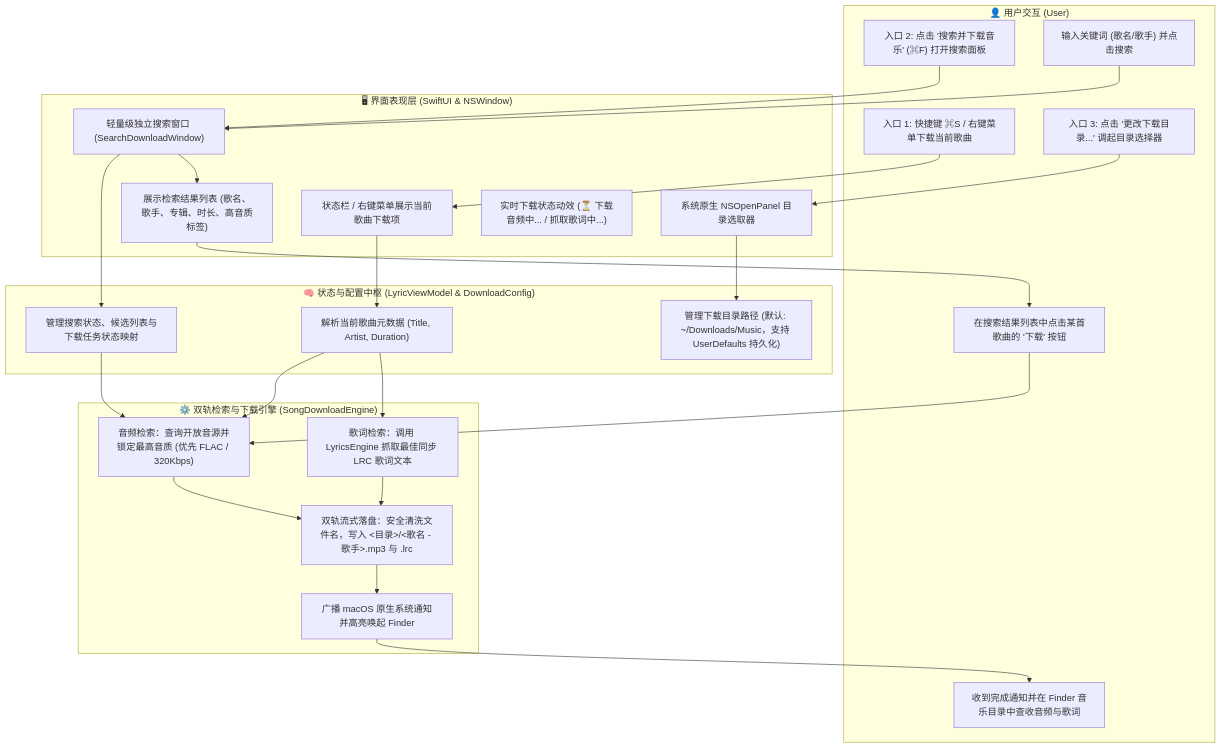
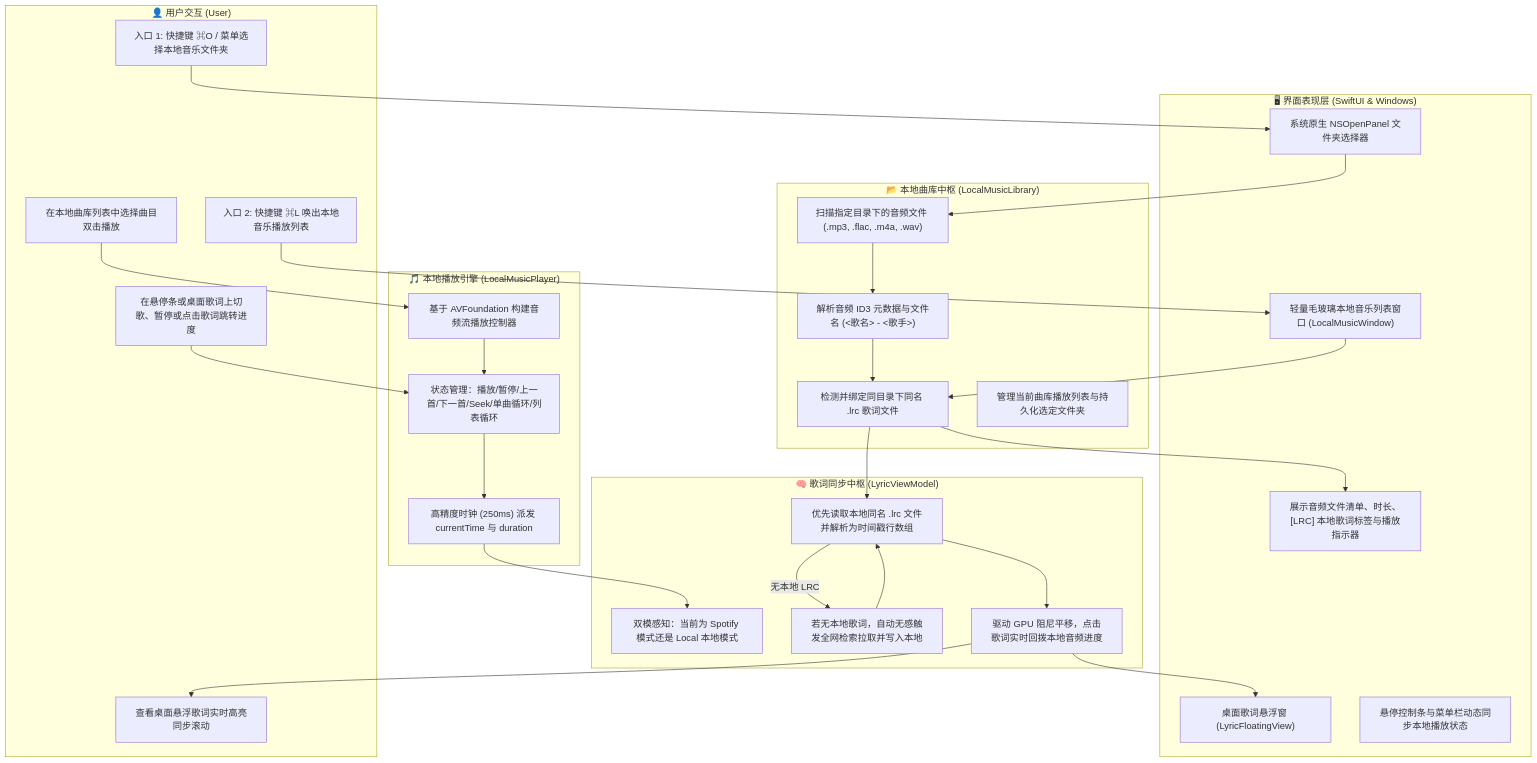
One commit to MOBAI6/SpotifyLyrics changed the first of 2 diagrams in docs/SPEC.md. Above: the diagram before and after it, drawn with Mermaid. The commit also changed other lines of this file and 1 other file, not shown here.

Commit message:
feat: add local music folder selection, AVFoundation local audio player, and local synced LRC lyrics display

````diff
--- a/docs/SPEC.md
+++ b/docs/SPEC.md
@@ -9,41 +9,49 @@
 ```mermaid
 flowchart TD
     subgraph User["👤 用户交互 (User)"]
-        A1["入口 1: 快捷键 ⌘S / 右键菜单下载当前歌曲"]
-        A2["入口 2: 点击 '搜索并下载音乐' (⌘F) 打开搜索面板"]
-        A3["输入关键词 (歌名/歌手) 并点击搜索"]
-        A4["在搜索结果列表中点击某首歌曲的 '下载' 按钮"]
-        A5["入口 3: 点击 '更改下载目录...' 调起目录选择器"]
-        A6["收到完成通知并在 Finder 音乐目录中查收音频与歌词"]
+        A1["入口 1: 快捷键 ⌘O / 菜单选择本地音乐文件夹"]
+        A2["入口 2: 快捷键 ⌘L 唤出本地音乐播放列表"]
+        A3["在本地曲库列表中选择曲目双击播放"]
+        A4["在悬停条或桌面歌词上切歌、暂停或点击歌词跳转进度"]
+        A5["查看桌面悬浮歌词实时高亮同步滚动"]
     end
 
-    subgraph UI["🖥 界面表现层 (SwiftUI & NSWindow)"]
-        B1["状态栏 / 右键菜单展示当前歌曲下载项"]
-        B2["轻量级独立搜索窗口 (SearchDownloadWindow)"]
-        B3["展示检索结果列表 (歌名、歌手、专辑、时长、高音质标签)"]
-        B4["系统原生 NSOpenPanel 目录选取器"]
-        B5["实时下载状态动效 (⏳ 下载音频中... / 抓取歌词中...)"]
+    subgraph UI["🖥 界面表现层 (SwiftUI & Windows)"]
+        B1["系统原生 NSOpenPanel 文件夹选择器"]
+        B2["轻量毛玻璃本地音乐列表窗口 (LocalMusicWindow)"]
+        B3["展示音频文件清单、时长、[LRC] 本地歌词标签与播放指示器"]
+        B4["桌面歌词悬浮窗 (LyricFloatingView)"]
+        B5["悬停控制条与菜单栏动态同步本地播放状态"]
     end
 
-    subgraph Controller["🧠 状态与配置中枢 (LyricViewModel & DownloadConfig)"]
-        C1["解析当前歌曲元数据 (Title, Artist, Duration)"]
-        C2["管理下载目录路径 (默认: ~/Downloads/Music，支持 UserDefaults 持久化)"]
-        C3["管理搜索状态、候选列表与下载任务状态映射"]
+    subgraph LocalLibrary["📂 本地曲库中枢 (LocalMusicLibrary)"]
+        C1["扫描指定目录下的音频文件 (.mp3, .flac, .m4a, .wav)"]
+        C2["解析音频 ID3 元数据与文件名 (<歌名> - <歌手>)"]
+        C3["检测并绑定同目录下同名 .lrc 歌词文件"]
+        C4["管理当前曲库播放列表与持久化选定文件夹"]
     end
 
-    subgraph Engine["⚙️ 双轨检索与下载引擎 (SongDownloadEngine)"]
-        D1["音频检索：查询开放音源并锁定最高音质 (优先 FLAC / 320Kbps)"]
-        D2["歌词检索：调用 LyricsEngine 抓取最佳同步 LRC 歌词文本"]
-        D3["双轨流式落盘：安全清洗文件名，写入 <目录>/<歌名 - 歌手>.mp3 与 .lrc"]
-        D4["广播 macOS 原生系统通知并高亮唤起 Finder"]
+    subgraph AudioEngine["🎵 本地播放引擎 (LocalMusicPlayer)"]
+        D1["基于 AVFoundation 构建音频流播放控制器"]
+        D2["状态管理：播放/暂停/上一首/下一首/Seek/单曲循环/列表循环"]
+        D3["高精度时钟 (250ms) 派发 currentTime 与 duration"]
     end
 
-    A1 --> B1 --> C1 --> D1
-    A2 --> B2
-    A3 --> B2 --> C3 --> D1
-    B2 --> B3 --> A4 --> D1
-    A5 --> B4 --> C2
-    D1 --> D3
-    C1 --> D2 --> D3
-    D3 --> D4 --> A6
+    subgraph LyricSync["🧠 歌词同步中枢 (LyricViewModel)"]
+        E1["双模感知：当前为 Spotify 模式还是 Local 本地模式"]
+        E2["优先读取本地同名 .lrc 文件并解析为时间戳行数组"]
+        E3["若无本地歌词，自动无感触发全网检索拉取并写入本地"]
+        E4["驱动 GPU 阻尼平移，点击歌词实时回拨本地音频进度"]
+    end
+
+    A1 --> B1 --> C1
+    A2 --> B2 --> C3
+    C1 --> C2 --> C3 --> B3
+    A3 --> D1
+    D1 --> D2 --> D3
+    D3 --> E1
+    C3 --> E2 --> E4 --> B4
+    E2 -- "无本地 LRC" --> E3 --> E2
+    A4 --> D2
+    E4 --> A5
 ```
````
